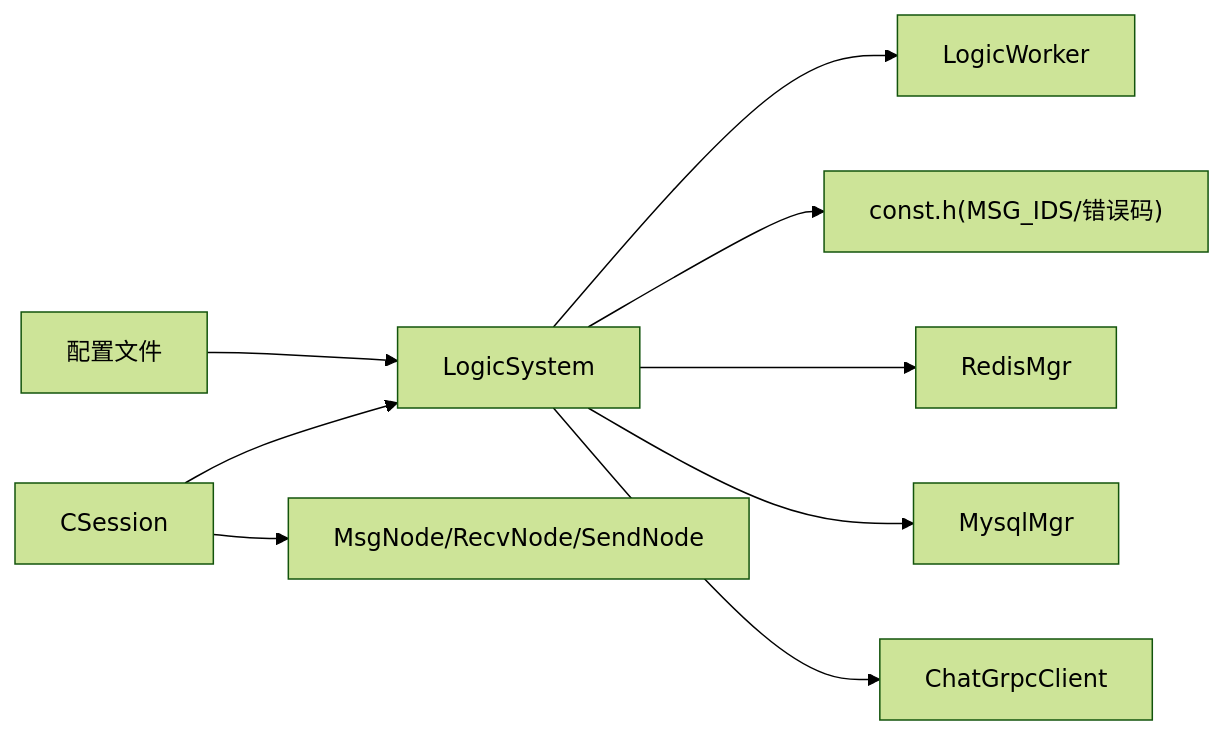
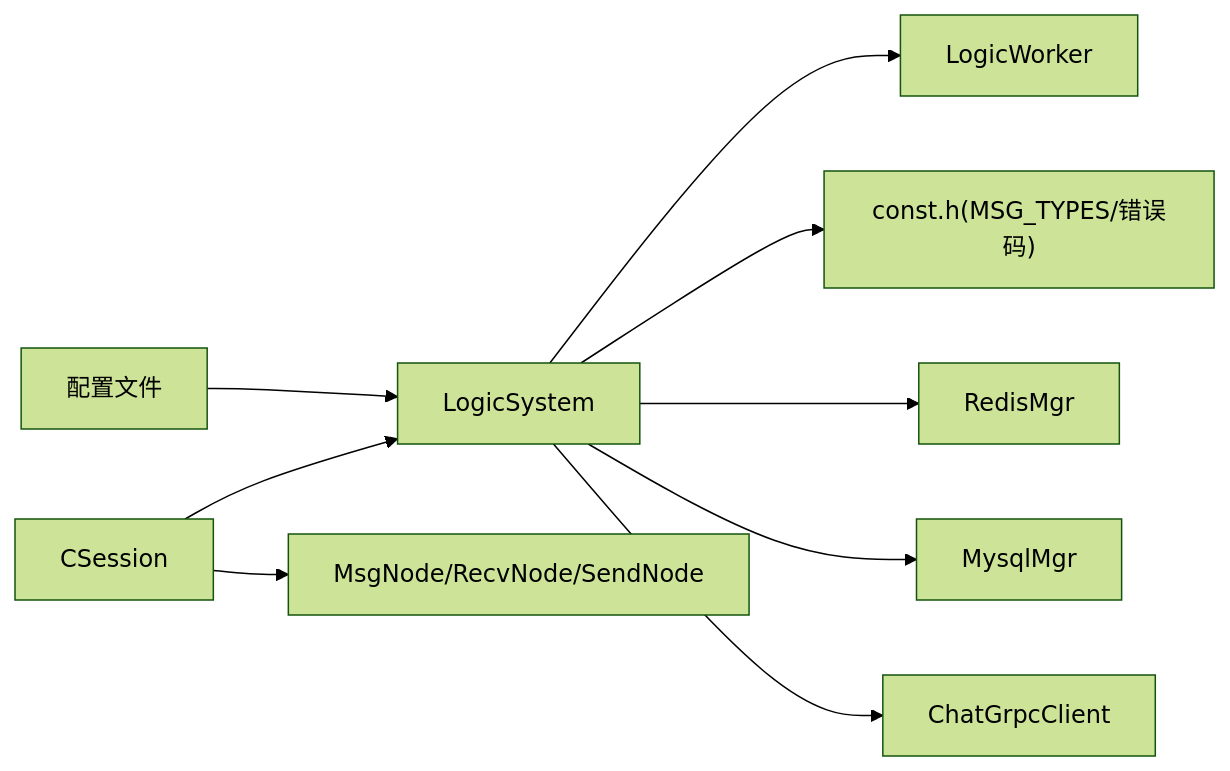
Before and after one commit to echo9923/mychatter: the seventh of 7 diagrams in .qoder/repowiki/zh/content/服务端开发/ChatServer聊天核心服务/业务逻辑系统/消息路由系统.md, drawn with Mermaid (forest theme). The commit also changed other lines of this file and 128 other files, not shown here.

````diff
--- a/.qoder/repowiki/zh/content/服务端开发/ChatServer聊天核心服务/业务逻辑系统/消息路由系统.md
+++ b/.qoder/repowiki/zh/content/服务端开发/ChatServer聊天核心服务/业务逻辑系统/消息路由系统.md
@@ -342,11 +342,11 @@
 ```mermaid
 graph LR
 CSession["CSession"] --> LogicSystem["LogicSystem"]
 LogicSystem --> LogicWorker["LogicWorker"]
-LogicSystem --> Const["const.h(MSG_IDS/错误码)"]
+LogicSystem --> Const["const.h(MSG_TYPES/错误码)"]
 LogicSystem --> Redis["RedisMgr"]
 LogicSystem --> MySQL["MysqlMgr"]
 LogicSystem --> GRPC["ChatGrpcClient"]
 CSession --> MsgNode["MsgNode/RecvNode/SendNode"]
 Config["配置文件"] --> LogicSystem
 ```
````
